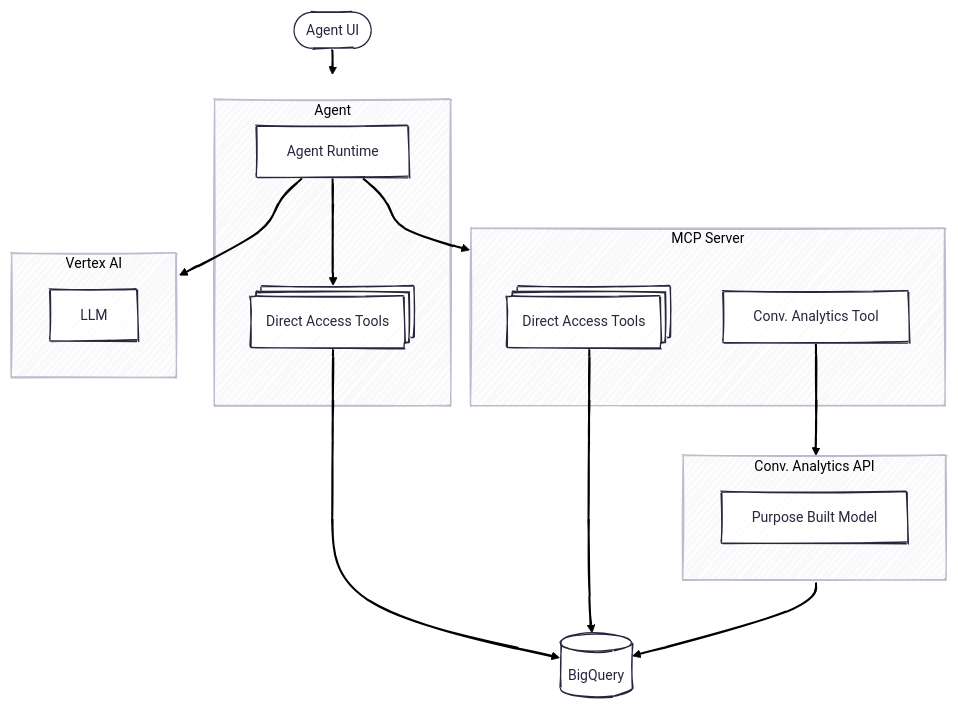
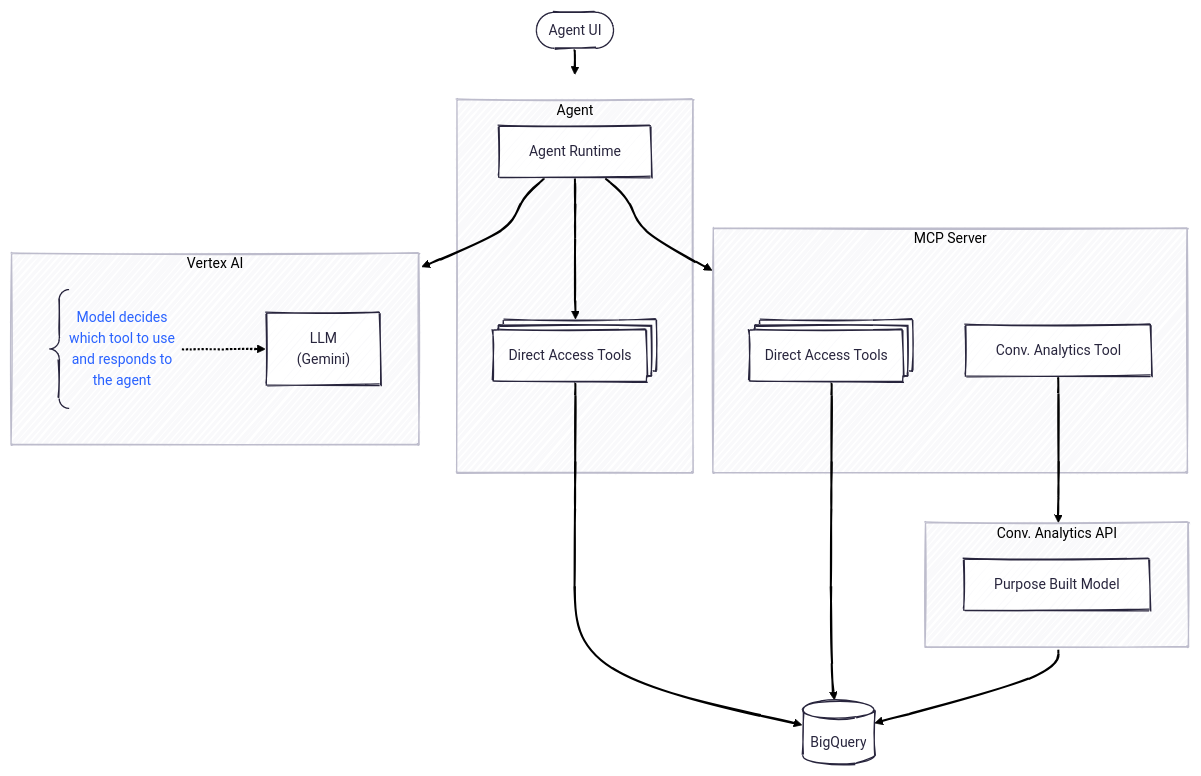
One commit to renovate-bot/GoogleCloudPlatform-_-data-to-ai changed the diagram in labs/agents/ADK-and-BigQuery.md. Above: the diagram before and after it, drawn with Mermaid.

Commit message:
Updated the diagram in the labs (#48)

````diff
--- a/labs/agents/ADK-and-BigQuery.md
+++ b/labs/agents/ADK-and-BigQuery.md
@@ -20,34 +20,40 @@
 ```mermaid
 ---
 config:
   theme: redux
   layout: dagre
   look: handDrawn
+  fontFamily: fantasy
 ---
 flowchart TD
  subgraph s1["Agent"]
         n1["Agent Runtime"]
         n2["Direct Access Tools"]
   end
  subgraph s2["MCP Server"]
         n4["Direct Access Tools"]
         n5["Conv. Analytics Tool"]
   end
  subgraph s3["Conv. Analytics API"]
         n8["Purpose Built Model"]
   end
  subgraph s4["Vertex AI"]
-        n9["LLM"]
+    direction LR
+        n9["LLM<br>(Gemini)"]
+        n10["Model decides<br>which tool to use<br>and responds to<br>the agent"]
   end
     A(["Agent UI"]) --> s1
     n1 --> n2 & s2 & s4
     n2 --> n6["BigQuery"]
     n4 --> n6
     s3 --> n6
     n5 --> s3
+    n10 -.-> n9
     n2@{ shape: procs}
     n4@{ shape: procs}
     n5@{ shape: proc}
+    n10@{ shape: comment}
     n6@{ shape: db}
+    style n10 color:#2962FF
 
 ```
````
